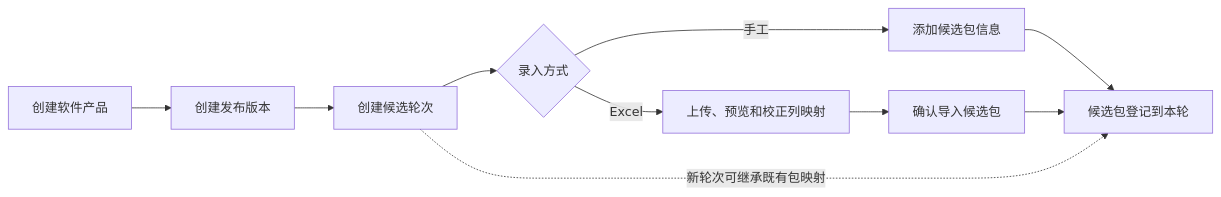
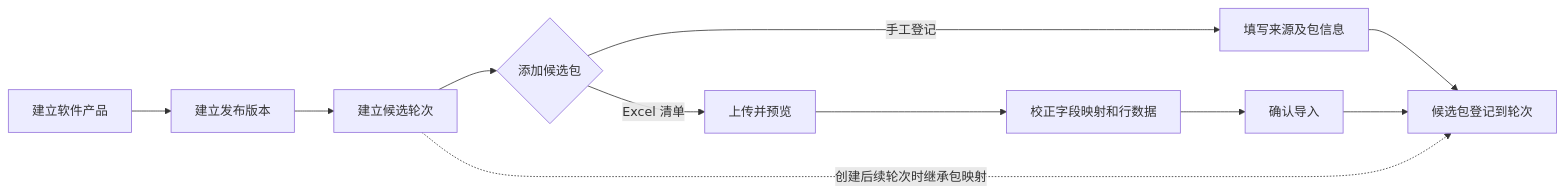
One commit to dongsweet/cloud-artifact-management changed the second of 5 diagrams in docs/assessment-overview.md. Above: the diagram before and after it, drawn with Mermaid. The commit also changed other lines of this file, not shown here.

````diff
--- a/docs/assessment-overview.md
+++ b/docs/assessment-overview.md
@@ -90,12 +98,13 @@
 ```mermaid
 flowchart LR
-    P[创建软件产品] --> R[创建发布版本]
-    R --> T[创建候选轮次]
-    T --> I{录入方式}
-    I -->|手工| M[添加候选包信息]
-    I -->|Excel| X[上传、预览和校正列映射]
-    X --> C[确认导入候选包]
-    M --> S[候选包登记到本轮]
+    P[建立软件产品] --> R[建立发布版本]
+    R --> T[建立候选轮次]
+    T --> I{添加候选包}
+    I -->|手工登记| M[填写来源及包信息]
+    I -->|Excel 清单| X[上传并预览]
+    X --> Y[校正字段映射和行数据]
+    Y --> C[确认导入]
+    M --> S[候选包登记到轮次]
     C --> S
-    T -. 新轮次可继承既有包映射 .-> S
+    T -. 创建后续轮次时继承包映射 .-> S
 ```
````
